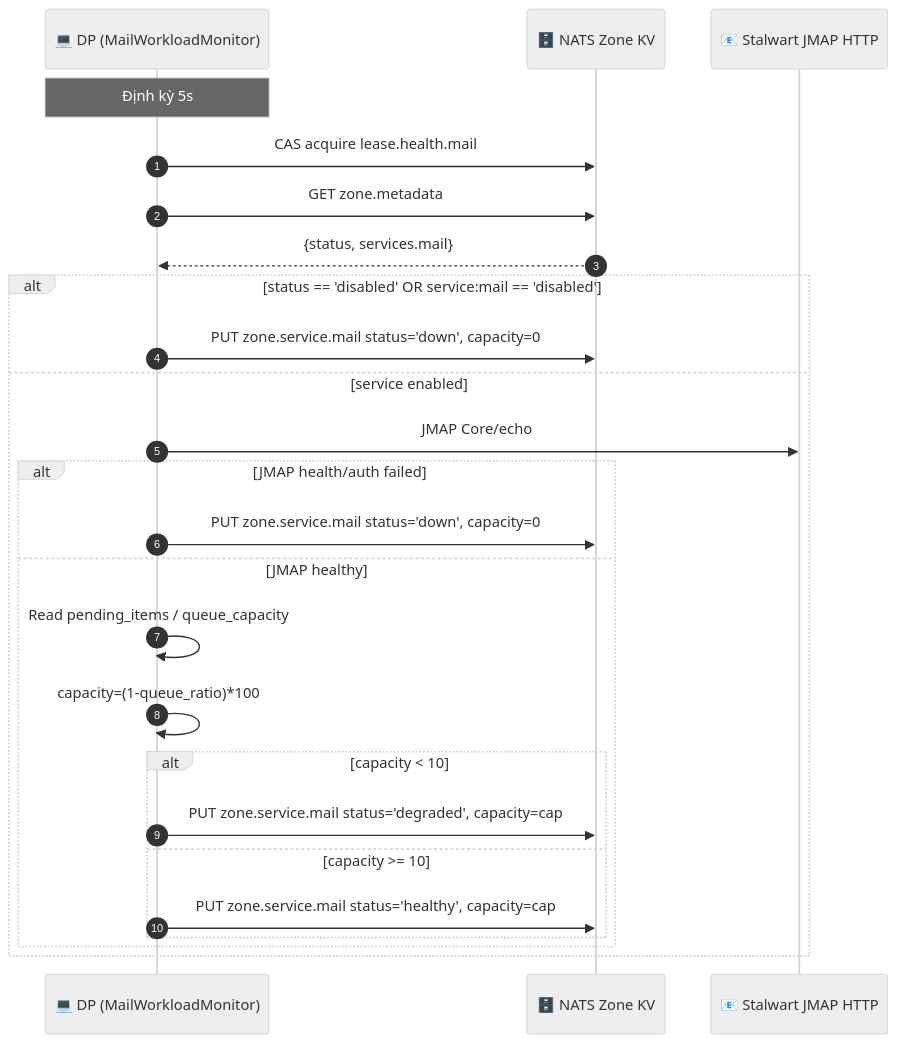
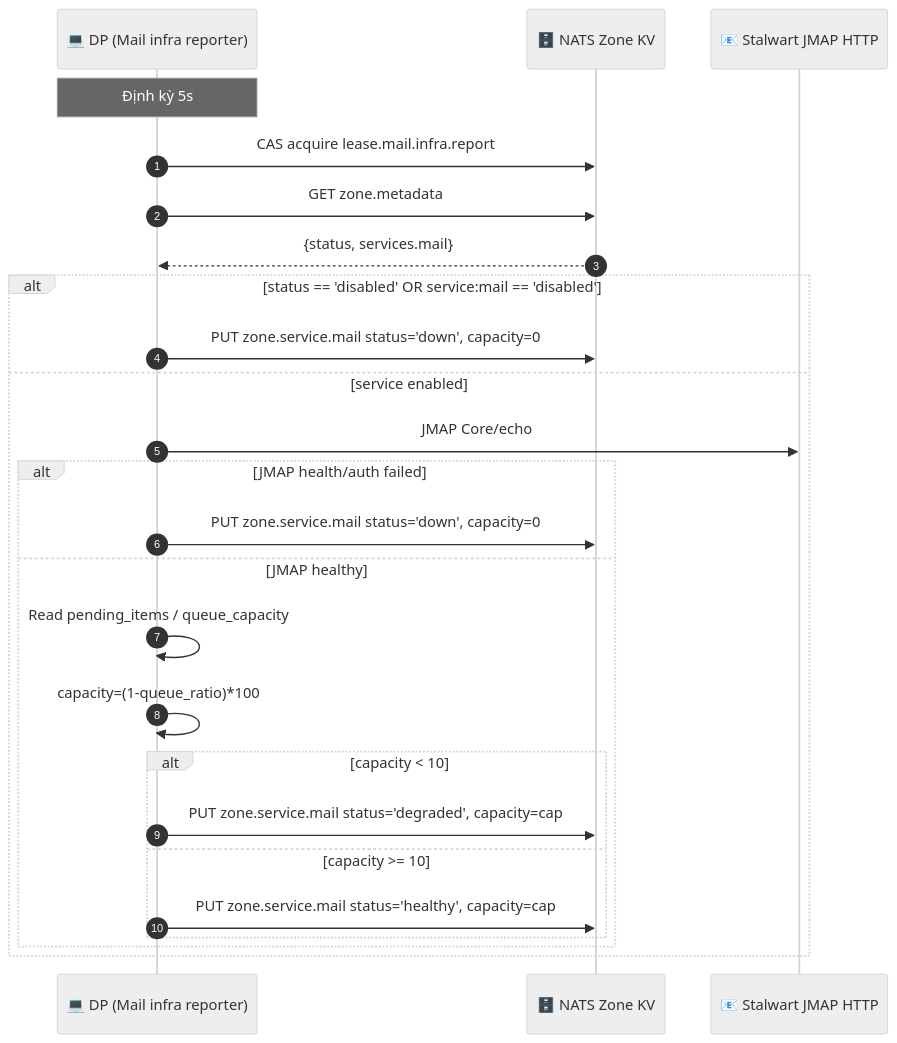
One commit to phucle996/aurora changed diagram 16 of 21 in god_view/hierarchy/zone_lifecycle_god_view.md. Above: the diagram before and after it, drawn with Mermaid (neutral theme). The commit also changed other lines of this file and 79 other files, not shown here.

````diff
--- a/god_view/hierarchy/zone_lifecycle_god_view.md
+++ b/god_view/hierarchy/zone_lifecycle_god_view.md
@@ -848,29 +848,29 @@
 ```mermaid
 sequenceDiagram
     autonumber
-    participant DP as 💻 DP (MailWorkloadMonitor)
+    participant DP as 💻 DP (Mail infra reporter)
     participant KV as 🗄️ NATS Zone KV
     participant SW as 📧 Stalwart JMAP HTTP
 
     Note over DP: Định kỳ 5s
-    DP->>KV: CAS acquire lease.health.mail
+    DP->>KV: CAS acquire lease.mail.infra.report
     DP->>KV: GET zone.metadata
     KV-->>DP: {status, services.mail}
 
     alt status == 'disabled' OR service:mail == 'disabled'
         DP->>KV: PUT zone.service.mail status='down', capacity=0
     else service enabled
         DP->>SW: JMAP Core/echo
         alt JMAP health/auth failed
             DP->>KV: PUT zone.service.mail status='down', capacity=0
         else JMAP healthy
             DP->>DP: Read pending_items / queue_capacity
             DP->>DP: capacity=(1-queue_ratio)*100
             alt capacity < 10
                 DP->>KV: PUT zone.service.mail status='degraded', capacity=cap
             else capacity >= 10
                 DP->>KV: PUT zone.service.mail status='healthy', capacity=cap
             end
         end
     end
 ```
````
